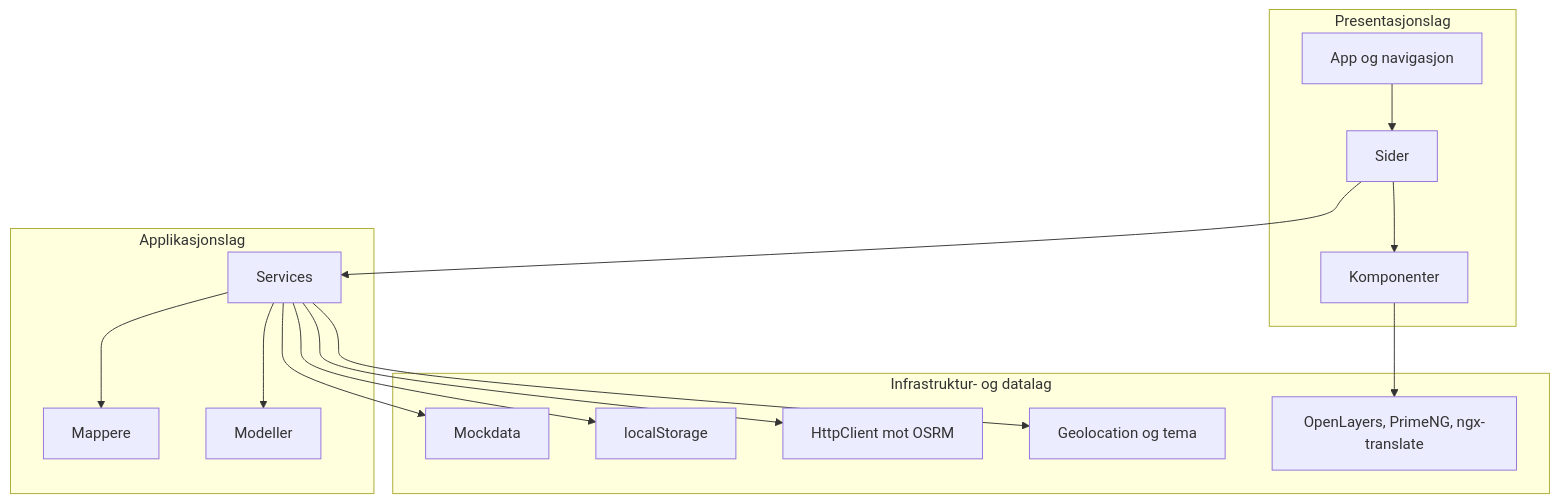
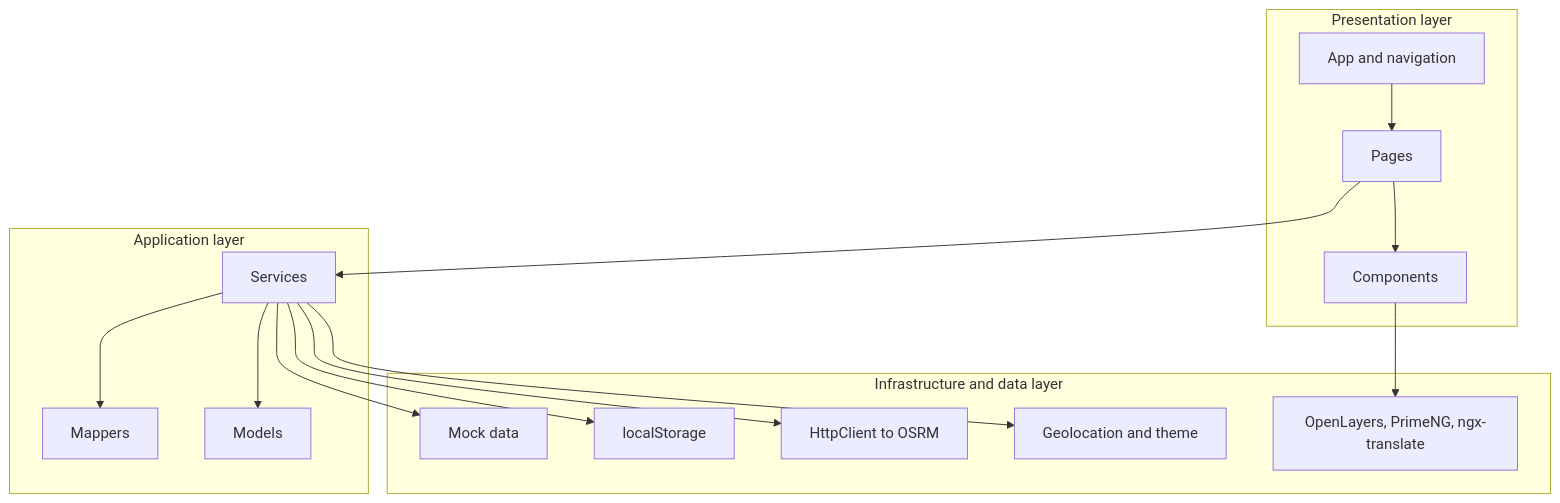
One commit to ntnu-team-19/min-arbeidsdag changed the second of 4 diagrams in README.md. Above: the diagram before and after it, drawn with Mermaid. The commit also changed other lines of this file, not shown here.

Commit message:
docs: Updates class diagram so it is more technically accurate

````diff
--- a/README.md
+++ b/README.md
@@ -38,32 +38,32 @@
 ```mermaid
 flowchart TB
-    subgraph P["Presentasjonslag"]
-        A["App og navigasjon"]
-        P1["Sider"]
-        P2["Komponenter"]
+    subgraph P["Presentation layer"]
+        A["App and navigation"]
+        P1["Pages"]
+        P2["Components"]
     end
 
-    subgraph AP["Applikasjonslag"]
+    subgraph AP["Application layer"]
         S["Services"]
-        MP["Mappere"]
-        MD["Modeller"]
+        MP["Mappers"]
+        MD["Models"]
     end
 
-    subgraph I["Infrastruktur- og datalag"]
-        D1["Mockdata"]
+    subgraph I["Infrastructure and data layer"]
+        D1["Mock data"]
         D2["localStorage"]
-        D3["HttpClient mot OSRM"]
-        D4["Geolocation og tema"]
+        D3["HttpClient to OSRM"]
+        D4["Geolocation and theme"]
         D5["OpenLayers, PrimeNG, ngx-translate"]
     end
 
     A --> P1 --> P2
     P1 --> S
     S --> MP
     S --> MD
     S --> D1
     S --> D2
     S --> D3
     S --> D4
     P2 --> D5
 ```
````
